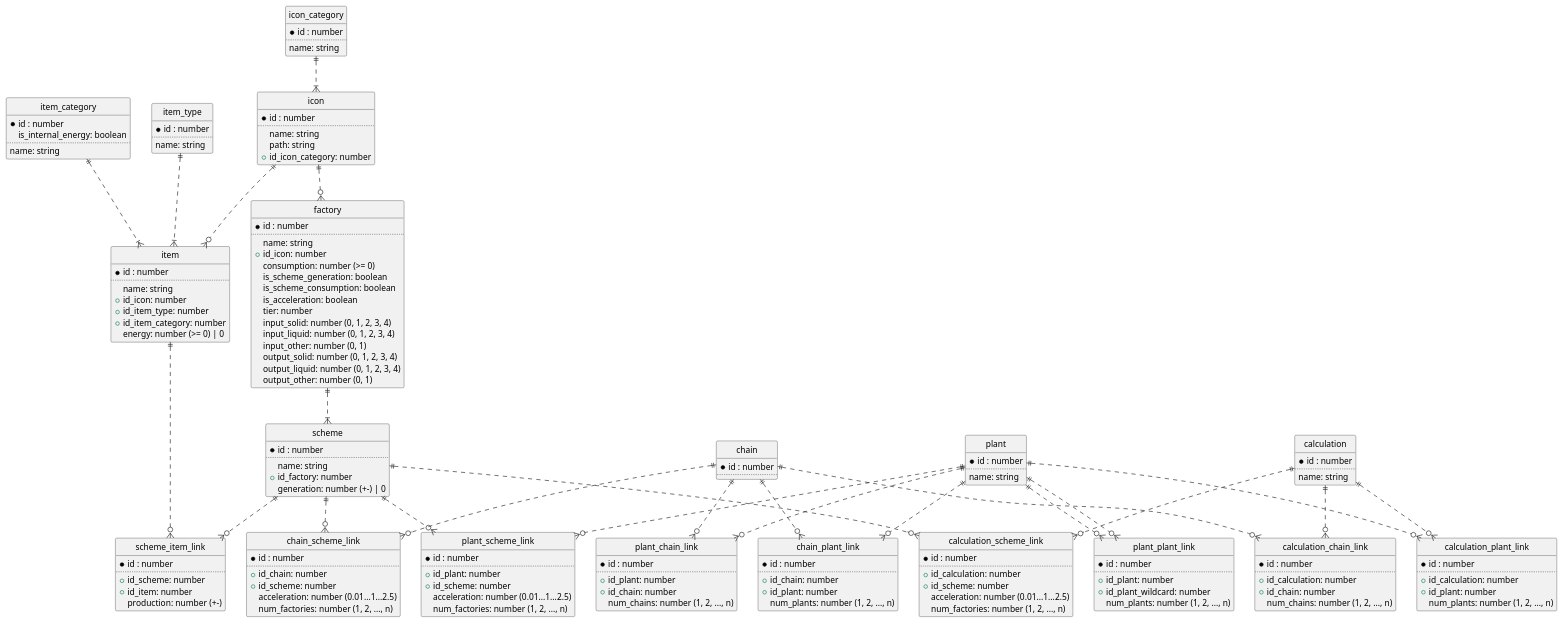
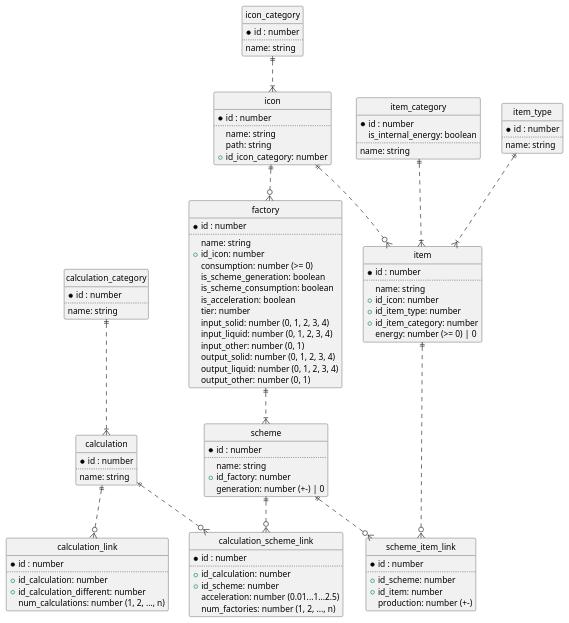
One commit to Shahimat/SatisfactoryCalculator changed the diagram in docs/scheme/model.puml. Above: the diagram before and after it, drawn with PlantUML.

Commit message:
docs[model]: simplify calculation

```diff
--- a/docs/scheme/model.puml
+++ b/docs/scheme/model.puml
@@ -1,192 +1,123 @@
 @startuml
 
 ' hide the spot
 hide circle
 
 ' avoid problems with angled crows feet
 ' skinparam linetype ortho
 
 entity item_type {
   *id : number
   ..
   name: string
 }
 
 entity item_category {
   *id : number
   is_internal_energy: boolean
   ..
   name: string
 }
 
 entity icon_category {
   *id : number
   ..
   name: string
 }
 
 entity icon {
   *id : number
   ..
   name: string
   path: string
   +id_icon_category: number
 }
 
 entity item {
   *id : number
   ..
   name: string
   +id_icon: number
   +id_item_type: number
   +id_item_category: number
   energy: number (>= 0) | 0
 }
 
 entity factory {
   *id : number
   ..
   name: string
   +id_icon: number
   consumption: number (>= 0)
   is_scheme_generation: boolean
   is_scheme_consumption: boolean
   is_acceleration: boolean
   tier: number
   input_solid: number (0, 1, 2, 3, 4)
   input_liquid: number (0, 1, 2, 3, 4)
   input_other: number (0, 1)
   output_solid: number (0, 1, 2, 3, 4)
   output_liquid: number (0, 1, 2, 3, 4)
   output_other: number (0, 1)
 }
 
 entity scheme {
   *id : number
   ..
   name: string
   +id_factory: number
   generation: number (+-) | 0
 }
 
 entity scheme_item_link {
   *id : number
   ..
   +id_scheme: number
   +id_item: number
   production: number (+-)
 }
 
-entity plant {
-  *id : number
-  ..
-  name: string
-}
-
-entity chain {
-  *id : number
-  ..
-}
-
 entity calculation {
   *id : number
   ..
   name: string
 }
 
-entity plant_scheme_link {
+entity calculation_category {
   *id : number
   ..
-  +id_plant: number
-  +id_scheme: number
-  acceleration: number (0.01...1...2.5)
-  num_factories: number (1, 2, ..., n)
+  name: string
 }
 
-entity plant_chain_link {
+entity calculation_link {
   *id : number
   ..
-  +id_plant: number
-  +id_chain: number
-  num_chains: number (1, 2, ..., n)
-}
-
-entity plant_plant_link {
-  *id : number
-  ..
-  +id_plant: number
-  +id_plant_wildcard: number
-  num_plants: number (1, 2, ..., n)
-}
-
-entity chain_scheme_link {
-  *id : number
-  ..
-  +id_chain: number
-  +id_scheme: number
-  acceleration: number (0.01...1...2.5)
-  num_factories: number (1, 2, ..., n)
-}
-
-entity chain_plant_link {
-  *id : number
-  ..
-  +id_chain: number
-  +id_plant: number
-  num_plants: number (1, 2, ..., n)
+  +id_calculation: number
+  +id_calculation_different: number
+  num_calculations: number (1, 2, ..., n)
 }
 
 entity calculation_scheme_link {
   *id : number
   ..
   +id_calculation: number
   +id_scheme: number
   acceleration: number (0.01...1...2.5)
   num_factories: number (1, 2, ..., n)
 }
 
-entity calculation_chain_link {
-  *id : number
-  ..
-  +id_calculation: number
-  +id_chain: number
-  num_chains: number (1, 2, ..., n)
-}
-
-entity calculation_plant_link {
-  *id : number
-  ..
-  +id_calculation: number
-  +id_plant: number
-  num_plants: number (1, 2, ..., n)
-}
-
 icon_category ||..|{ icon
 icon ||..o{ item
 item_type ||..|{ item
 item_category ||..|{ item
 icon ||..o{ factory
 factory ||..|{ scheme
 item ||..o{ scheme_item_link
 scheme ||..o{ scheme_item_link
 
+scheme ||..o{ calculation_scheme_link
 calculation ||..o{ calculation_scheme_link
-scheme ||..o{ calculation_scheme_link
-calculation ||..o{ calculation_chain_link
-chain ||..o{ calculation_chain_link
-calculation ||..o{ calculation_plant_link
-plant ||..o{ calculation_plant_link
-
-chain ||..o{ chain_scheme_link
-scheme ||..o{ chain_scheme_link
-chain ||..o{ chain_plant_link
-plant ||..o{ chain_plant_link
-
-plant ||..o{ plant_scheme_link
-scheme ||..o{ plant_scheme_link
-plant ||..o{ plant_chain_link
-chain ||..o{ plant_chain_link
-plant ||..o{ plant_plant_link
-plant ||..o{ plant_plant_link
+calculation ||..o{ calculation_link
+calculation_category ||..|{ calculation
 
 @enduml
```
